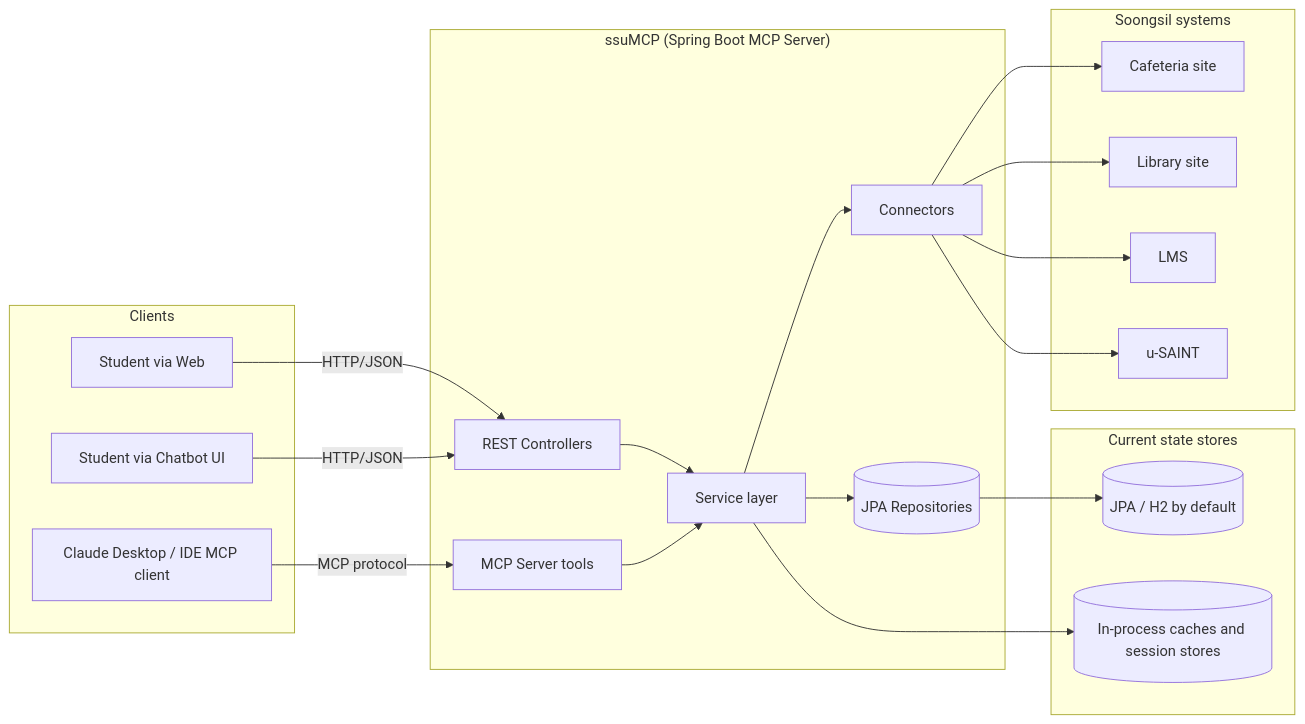
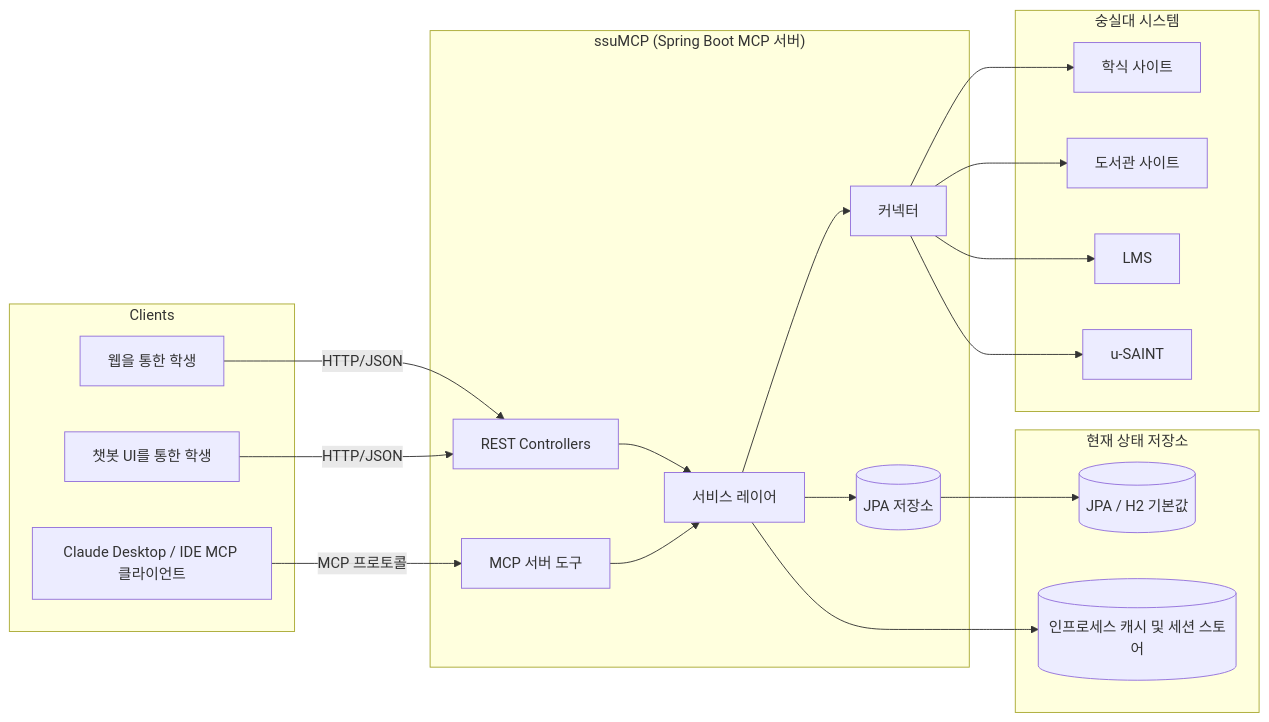
The first of 2 diagrams in docs/architecture.md (hoeongj/ssuMCP), drawn with Mermaid before and after one commit. The commit also changed other lines of this file and 1 other file, not shown here.

Commit message:
docs: translate architecture.md and security.md to Korean

````diff
--- a/docs/architecture.md
+++ b/docs/architecture.md
@@ -25,42 +18,42 @@
 ```mermaid
 flowchart LR
     subgraph Clients
-        U1[Student via Web]
-        U2[Student via Chatbot UI]
-        U3[Claude Desktop / IDE MCP client]
+        U1[웹을 통한 학생]
+        U2[챗봇 UI를 통한 학생]
+        U3[Claude Desktop / IDE MCP 클라이언트]
     end
 
-    subgraph ssuMCP["ssuMCP (Spring Boot MCP Server)"]
+    subgraph ssuMCP["ssuMCP (Spring Boot MCP 서버)"]
         REST[REST Controllers]
-        MCP[MCP Server tools]
-        SVC[Service layer]
-        REPO[(JPA Repositories)]
-        CONN[Connectors]
+        MCP[MCP 서버 도구]
+        SVC[서비스 레이어]
+        REPO[(JPA 저장소)]
+        CONN[커넥터]
     end
 
-    subgraph LocalState["Current state stores"]
-        DB[(JPA / H2 by default)]
-        MEM[(In-process caches and session stores)]
+    subgraph LocalState["현재 상태 저장소"]
+        DB[(JPA / H2 기본값)]
+        MEM[(인프로세스 캐시 및 세션 스토어)]
     end
 
-    subgraph School["Soongsil systems"]
-        MEAL[Cafeteria site]
-        LIB[Library site]
+    subgraph School["숭실대 시스템"]
+        MEAL[학식 사이트]
+        LIB[도서관 사이트]
         LMS[LMS]
         USAINT[u-SAINT]
     end
 
     U1 -->|HTTP/JSON| REST
     U2 -->|HTTP/JSON| REST
-    U3 -->|MCP protocol| MCP
+    U3 -->|MCP 프로토콜| MCP
     REST --> SVC
     MCP --> SVC
     SVC --> REPO
     SVC --> CONN
     REPO --> DB
     SVC --> MEM
     CONN --> MEAL
     CONN --> LIB
     CONN --> LMS
     CONN --> USAINT
 ```
````
